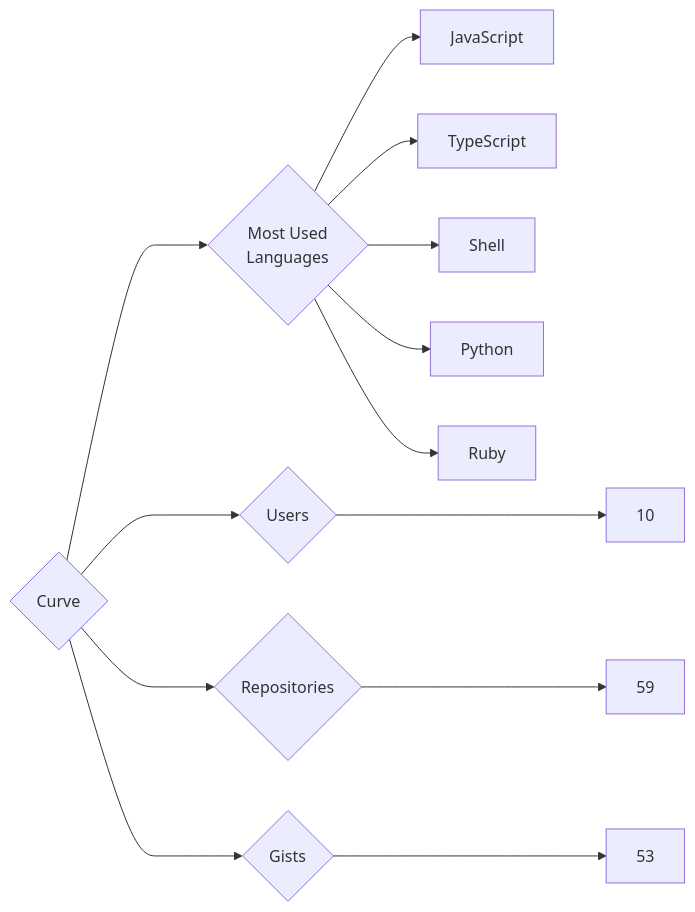
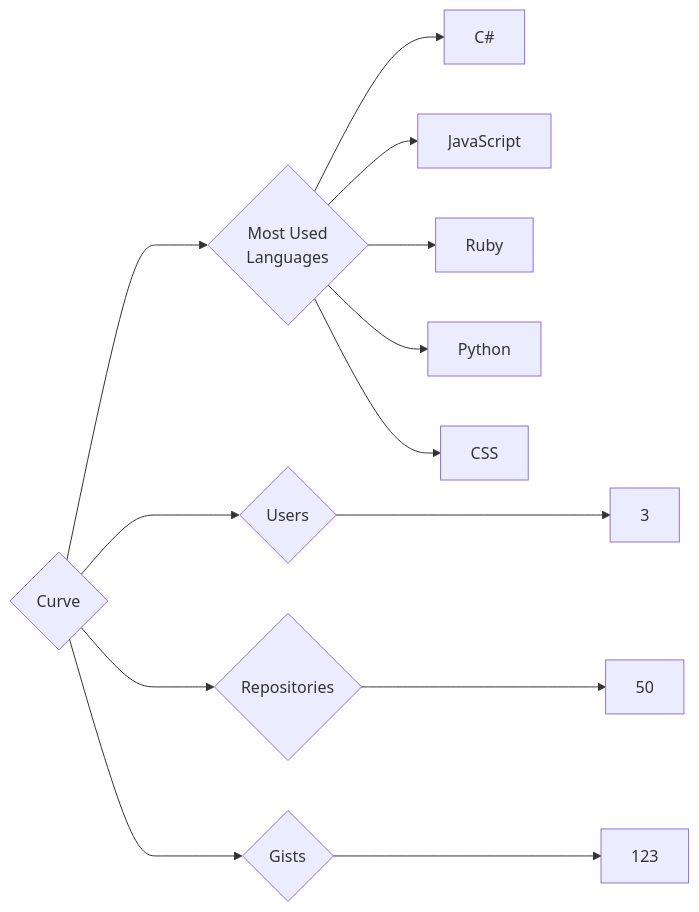
The diagram in targets/Curve/README.md (trickest/insiders), drawn with Mermaid before and after one commit. The commit also changed 998 other files, not shown here.

````diff
--- a/targets/Curve/README.md
+++ b/targets/Curve/README.md
@@ -3,13 +3,13 @@
 ```mermaid
 graph LR
 COMPANY_NAME{Curve}
-COMPANY_NAME ---> U{Users} ---> UN[10]
-COMPANY_NAME ---> R{Repositories} ---> RN[59]
-COMPANY_NAME ---> G{Gists} ---> GN[53]
+COMPANY_NAME ---> U{Users} ---> UN[3]
+COMPANY_NAME ---> R{Repositories} ---> RN[50]
+COMPANY_NAME ---> G{Gists} ---> GN[123]
 COMPANY_NAME ---> ML{Most Used<br>Languages}
+ML --> C#[C#]
 ML --> JavaScript[JavaScript]
-ML --> TypeScript[TypeScript]
-ML --> Shell[Shell]
+ML --> Ruby[Ruby]
 ML --> Python[Python]
-ML --> Ruby[Ruby]
+ML --> CSS[CSS]
 ```
````
